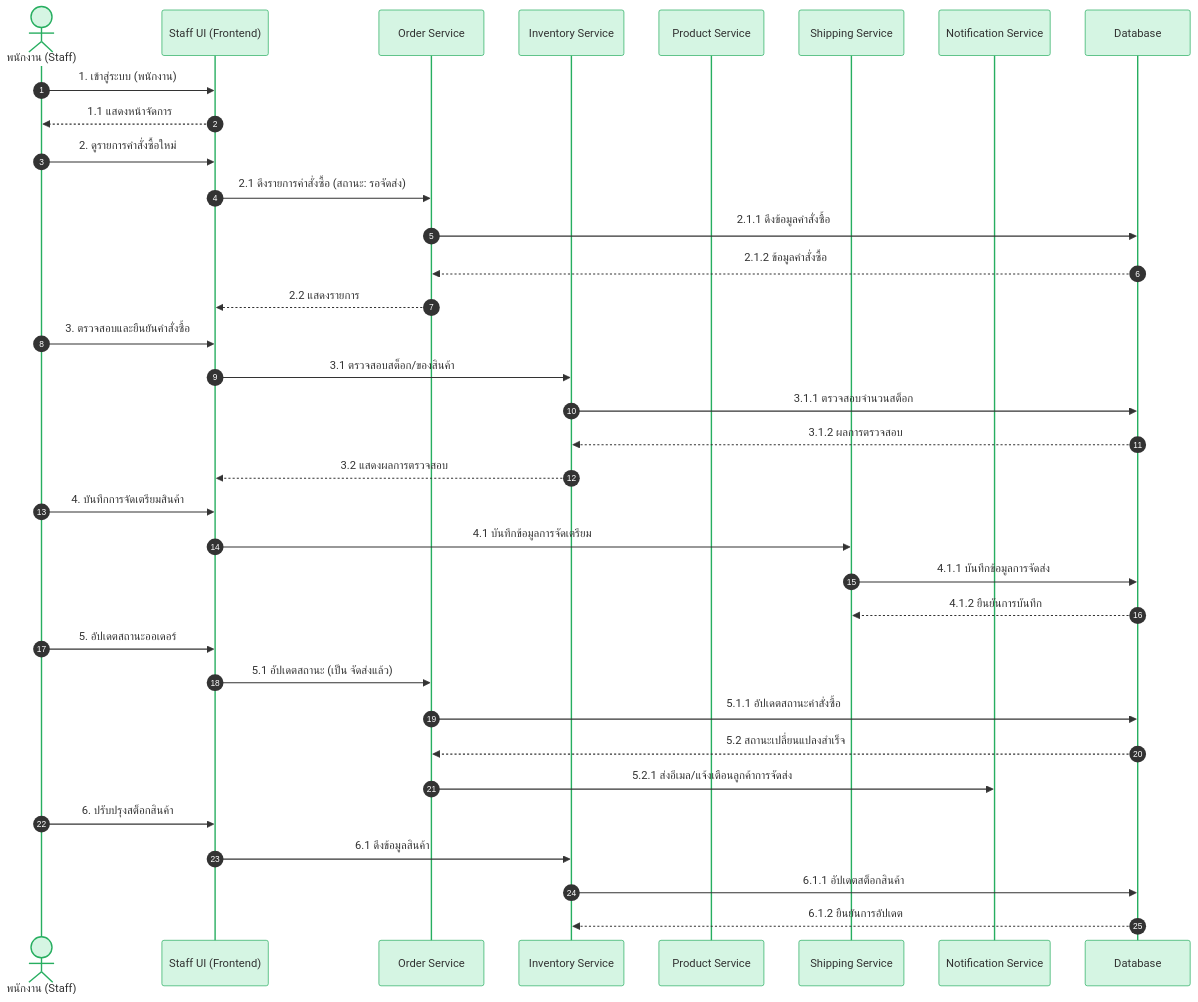
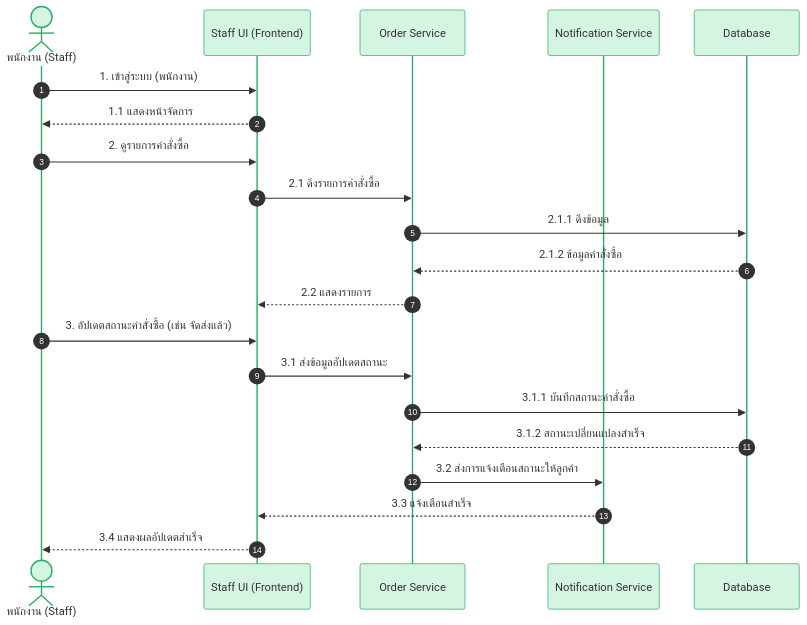
One commit to ArGusmumumimi/PC-Center- changed the sixth of 8 diagrams in README.md. Above: the diagram before and after it, drawn with Mermaid. The commit also changed other lines of this file, not shown here.

````diff
--- a/README.md
+++ b/README.md
@@ -604,44 +566,27 @@
 ```mermaid
 %%{init: {'theme': 'base', 'themeVariables': {'actorBkg': '#d5f5e3', 'actorTextColor': '#333', 'actorBorder': '#27ae60', 'signalColor': '#333', 'signalTextColor': '#333', 'labelBoxBkgColor': '#d5f5e3', 'labelBoxBorderColor': '#27ae60', 'labelTextColor': '#333', 'activationBkgColor': '#eafaf1', 'activationBorderColor': '#27ae60', 'sequenceNumberColor': '#fff', 'background': '#ffffff'}}}%%
 sequenceDiagram
     autonumber
     actor S as พนักงาน (Staff)
     participant SUI as Staff UI (Frontend)
     participant ORD as Order Service
-    participant INV as Inventory Service
-    participant PROD as Product Service
-    participant SHIP as Shipping Service
     participant NOTI as Notification Service
     participant DB as Database
 
     S->>SUI: 1. เข้าสู่ระบบ (พนักงาน)
     SUI-->>S: 1.1 แสดงหน้าจัดการ
 
-    S->>SUI: 2. ดูรายการคำสั่งซื้อใหม่
-    SUI->>ORD: 2.1 ดึงรายการคำสั่งซื้อ (สถานะ: รอจัดส่ง)
-    ORD->>DB: 2.1.1 ดึงข้อมูลคำสั่งซื้อ
+    S->>SUI: 2. ดูรายการคำสั่งซื้อ
+    SUI->>ORD: 2.1 ดึงรายการคำสั่งซื้อ
+    ORD->>DB: 2.1.1 ดึงข้อมูล
     DB-->>ORD: 2.1.2 ข้อมูลคำสั่งซื้อ
     ORD-->>SUI: 2.2 แสดงรายการ
 
-    S->>SUI: 3. ตรวจสอบและยืนยันคำสั่งซื้อ
-    SUI->>INV: 3.1 ตรวจสอบสต็อก/ของสินค้า
-    INV->>DB: 3.1.1 ตรวจสอบจำนวนสต็อก
-    DB-->>INV: 3.1.2 ผลการตรวจสอบ
-    INV-->>SUI: 3.2 แสดงผลการตรวจสอบ
-
-    S->>SUI: 4. บันทึกการจัดเตรียมสินค้า
-    SUI->>SHIP: 4.1 บันทึกข้อมูลการจัดเตรียม
-    SHIP->>DB: 4.1.1 บันทึกข้อมูลการจัดส่ง
-    DB-->>SHIP: 4.1.2 ยืนยันการบันทึก
-
-    S->>SUI: 5. อัปเดตสถานะออเดอร์
-    SUI->>ORD: 5.1 อัปเดตสถานะ (เป็น จัดส่งแล้ว)
-    ORD->>DB: 5.1.1 อัปเดตสถานะคำสั่งซื้อ
-    DB-->>ORD: 5.2 สถานะเปลี่ยนแปลงสำเร็จ
-    ORD->>NOTI: 5.2.1 ส่งอีเมล/แจ้งเตือนลูกค้าการจัดส่ง
-
-    S->>SUI: 6. ปรับปรุงสต็อกสินค้า
-    SUI->>INV: 6.1 ดึงข้อมูลสินค้า
-    INV->>DB: 6.1.1 อัปเดตสต็อกสินค้า
-    DB-->>INV: 6.1.2 ยืนยันการอัปเดต
+    S->>SUI: 3. อัปเดตสถานะคำสั่งซื้อ (เช่น จัดส่งแล้ว)
+    SUI->>ORD: 3.1 ส่งข้อมูลอัปเดตสถานะ
+    ORD->>DB: 3.1.1 บันทึกสถานะคำสั่งซื้อ
+    DB-->>ORD: 3.1.2 สถานะเปลี่ยนแปลงสำเร็จ
+    ORD->>NOTI: 3.2 ส่งการแจ้งเตือนสถานะให้ลูกค้า
+    NOTI-->>SUI: 3.3 แจ้งเตือนสำเร็จ
+    SUI-->>S: 3.4 แสดงผลอัปเดตสำเร็จ
 ```
````
